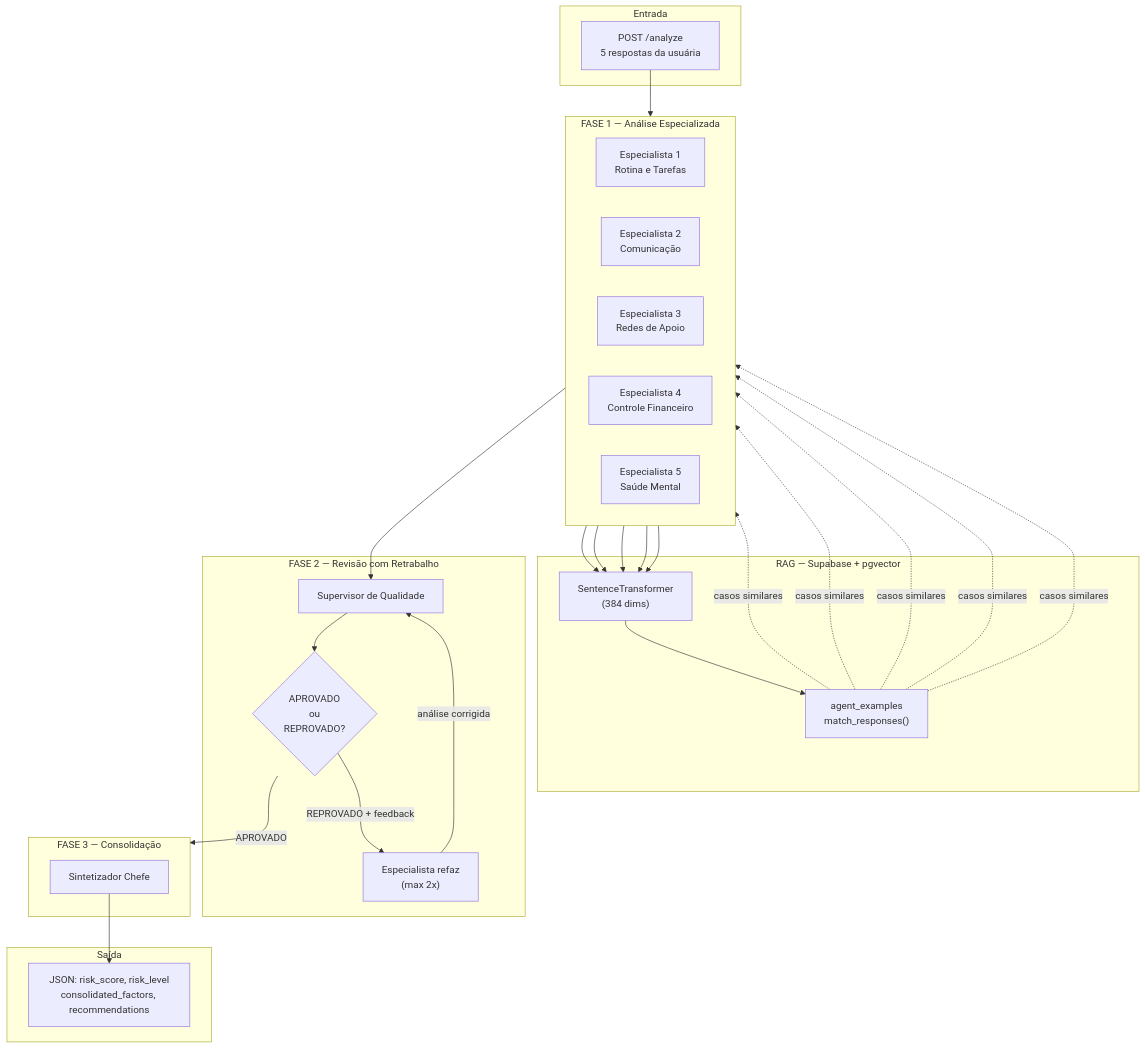
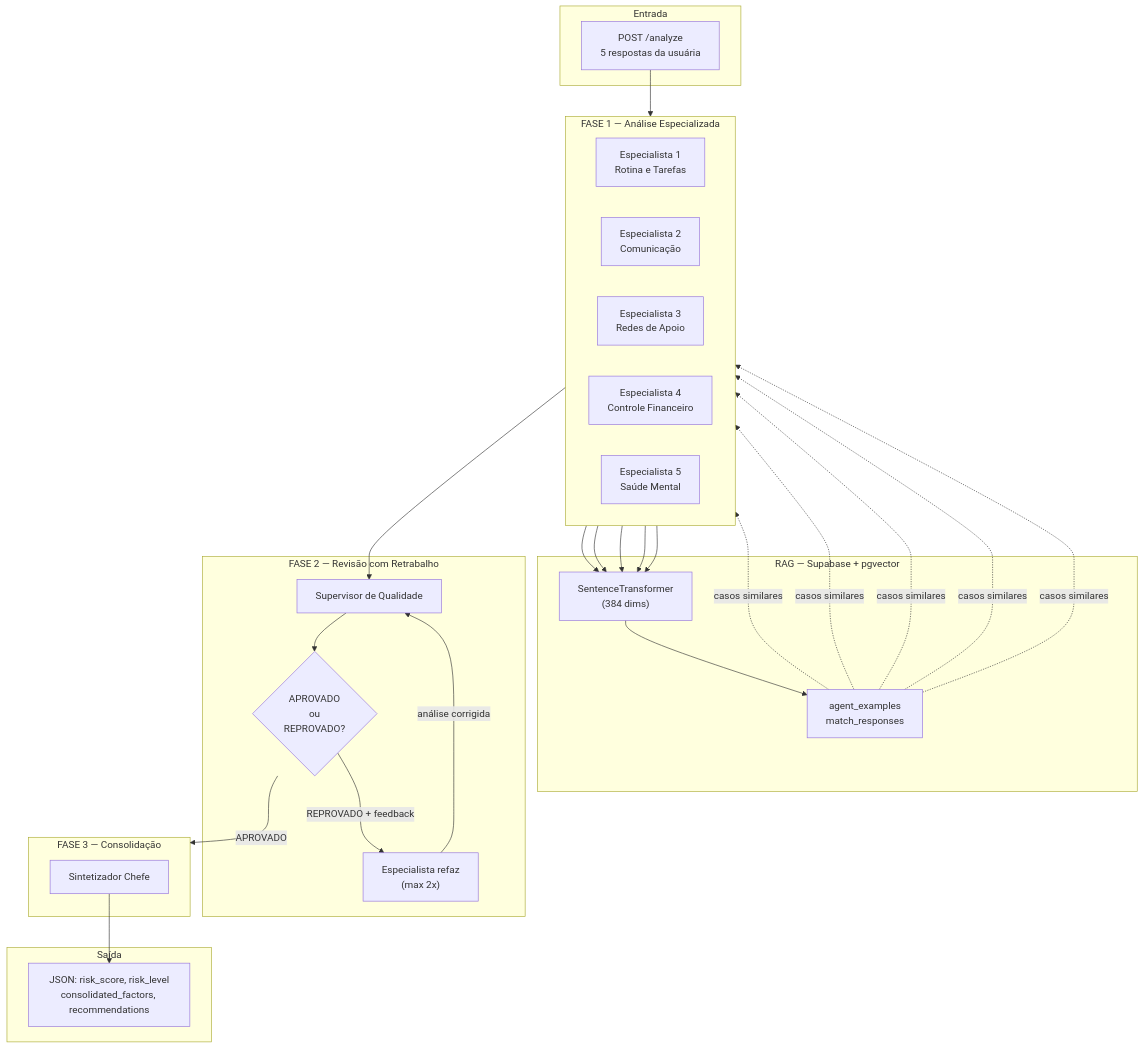
The first of 8 diagrams in README.md (cairocruz/hubAgentsV2), drawn with Mermaid before and after one commit. The commit also changed other lines of this file, not shown here.

Commit message:
fix: remove parentheses from Mermaid labels (GitHub render error)

````diff
--- a/README.md
+++ b/README.md
@@ -59,44 +59,44 @@
 ```mermaid
 flowchart TB
     subgraph INPUT["Entrada"]
         REQ["POST /analyze<br/>5 respostas da usuária"]
     end
 
     subgraph PHASE1["FASE 1 — Análise Especializada"]
         direction LR
         E1["Especialista 1<br/>Rotina e Tarefas"]
         E2["Especialista 2<br/>Comunicação"]
         E3["Especialista 3<br/>Redes de Apoio"]
         E4["Especialista 4<br/>Controle Financeiro"]
         E5["Especialista 5<br/>Saúde Mental"]
     end
 
     subgraph RAG["RAG — Supabase + pgvector"]
         EMB["SentenceTransformer<br/>(384 dims)"]
-        DB["agent_examples<br/>match_responses()"]
+        DB["agent_examples<br/>match_responses"]
     end
 
     subgraph PHASE2["FASE 2 — Revisão com Retrabalho"]
         SUP["Supervisor de Qualidade"]
         DEC{APROVADO<br/>ou<br/>REPROVADO?}
         RW["Especialista refaz<br/>(max 2x)"]
     end
 
     subgraph PHASE3["FASE 3 — Consolidação"]
         SYN["Sintetizador Chefe"]
     end
 
     subgraph OUTPUT["Saída"]
         RES["JSON: risk_score, risk_level<br/>consolidated_factors, recommendations"]
     end
 
     REQ --> PHASE1
     E1 & E2 & E3 & E4 & E5 --> EMB --> DB
     DB -.->|casos similares| E1 & E2 & E3 & E4 & E5
     PHASE1 --> SUP
     SUP --> DEC
     DEC -->|APROVADO| PHASE3
     DEC -->|REPROVADO + feedback| RW
     RW -->|análise corrigida| SUP
     SYN --> RES
 ```
````
